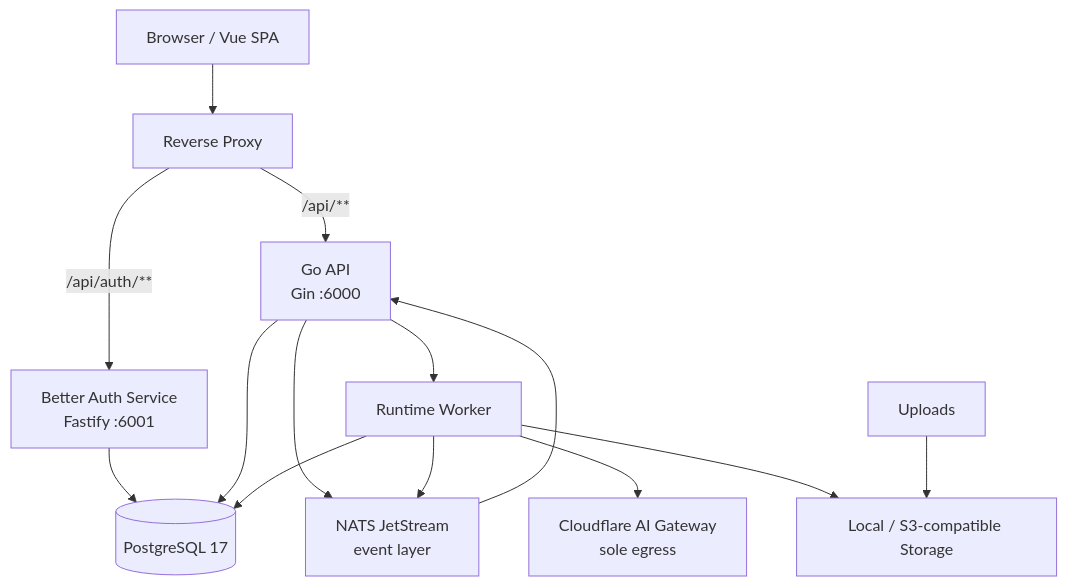
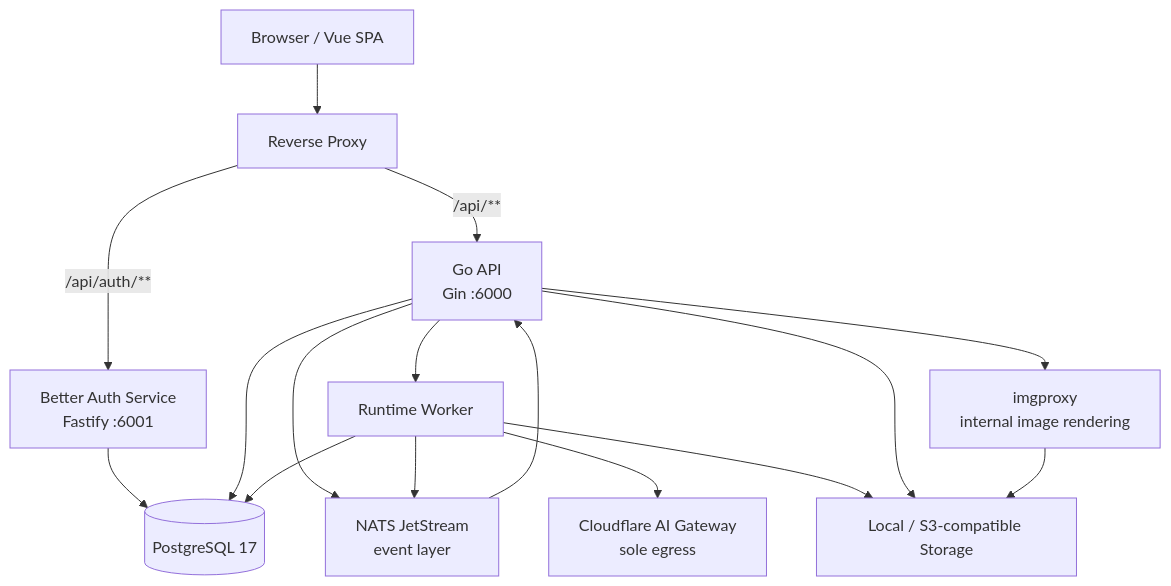
One commit to Ericsunsk/IdeaBoard changed the diagram in DESIGN.md. Above: the diagram before and after it, drawn with Mermaid. The commit also changed other lines of this file and 50 other files, not shown here.

````diff
--- a/DESIGN.md
+++ b/DESIGN.md
@@ -26,18 +26,20 @@
 ```mermaid
 flowchart TB
     Browser["Browser / Vue SPA"] --> Proxy["Reverse Proxy"]
     Proxy -- "/api/auth/**" --> Auth["Better Auth Service<br>Fastify :6001"]
     Proxy -- "/api/**" --> API["Go API<br>Gin :6000"]
 
     Auth --> Postgres[("PostgreSQL 17")]
     API --> Postgres
     API --> NATS["NATS JetStream<br>event layer"]
     API --> Worker["Runtime Worker"]
 
     Worker --> Postgres
     Worker --> AI["Cloudflare AI Gateway<br>sole egress"]
     Worker --> Storage["Local / S3-compatible Storage"]
     Worker --> NATS
-    Uploads --> Storage
+    API --> Storage
+    API --> Imgproxy["imgproxy<br>internal image rendering"]
+    Imgproxy --> Storage
     NATS --> API
 ```
````
